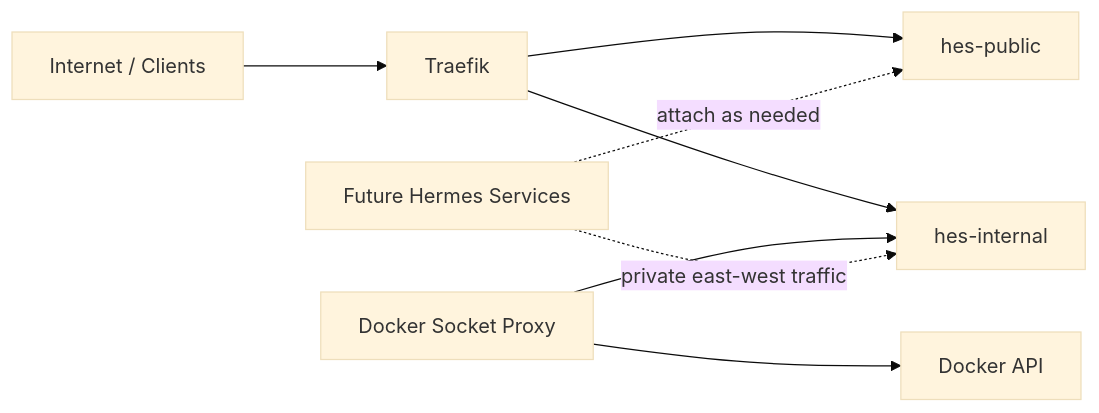
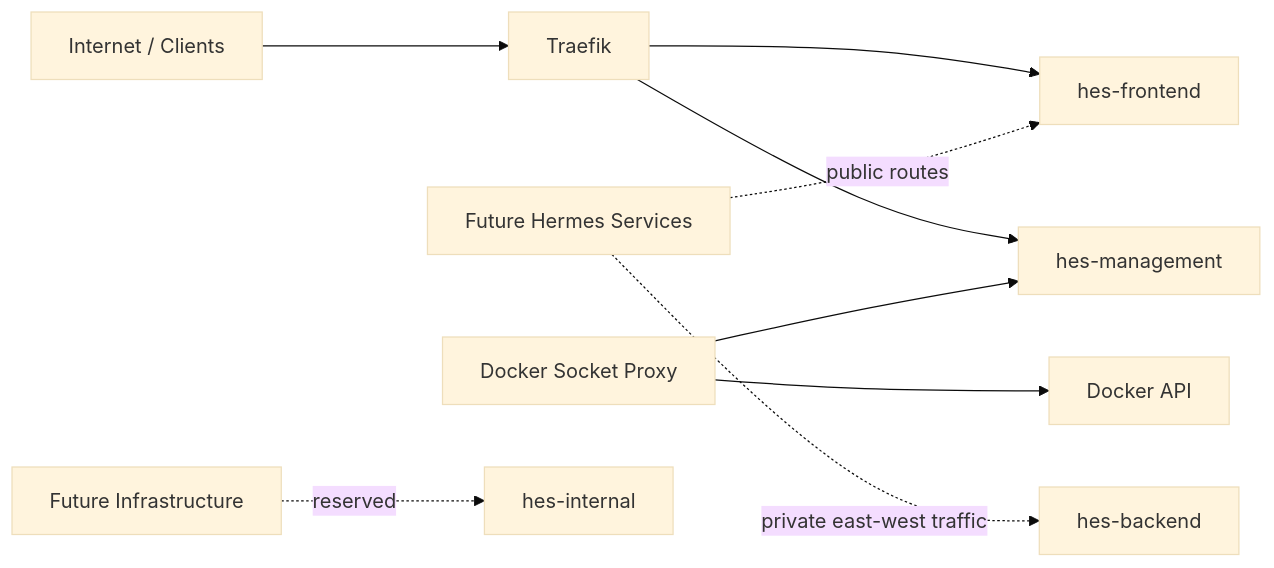
Before and after one commit to salemhamidani/Hermes-Enterprise: the first of 5 diagrams in ARCHITECTURE.md, drawn with Mermaid (base theme). The commit also changed other lines of this file and 40 other files, not shown here.

````diff
--- a/ARCHITECTURE.md
+++ b/ARCHITECTURE.md
@@ -46,10 +46,11 @@
 ```mermaid
 flowchart LR
   Internet["Internet / Clients"] --> Edge["Traefik"]
-  Edge --> Public["hes-public"]
-  Edge --> Internal["hes-internal"]
-  Proxy["Docker Socket Proxy"] --> Internal
+  Edge --> Frontend["hes-frontend"]
+  Edge --> Management["hes-management"]
+  Proxy["Docker Socket Proxy"] --> Management
   Proxy --> DockerAPI["Docker API"]
-  Future["Future Hermes Services"] -. attach as needed .-> Public
-  Future -. private east-west traffic .-> Internal
+  Future["Future Hermes Services"] -. public routes .-> Frontend
+  Future -. private east-west traffic .-> Backend["hes-backend"]
+  Infra["Future Infrastructure"] -. reserved .-> Internal["hes-internal"]
 ```
````
